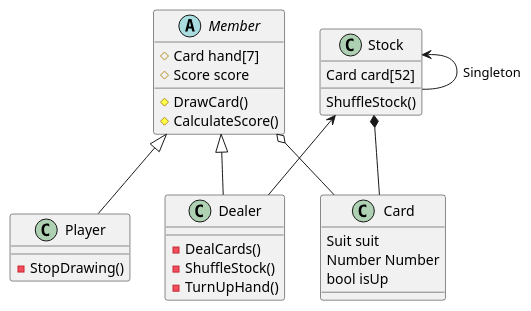
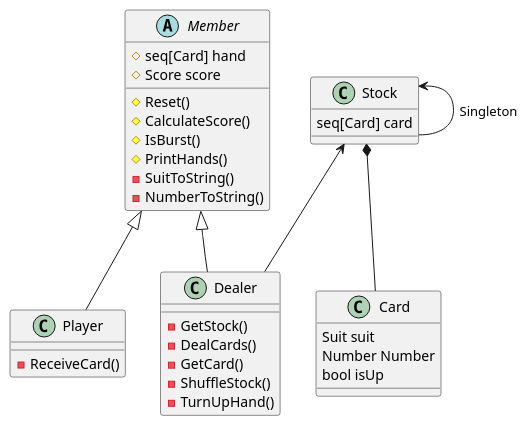
The diagram in blackjack/diagram_class.pu (TakumiHANAUE/nim), drawn with PlantUML before and after one commit. The commit also changed 4 other files, not shown here.

```diff
--- a/blackjack/diagram_class.pu
+++ b/blackjack/diagram_class.pu
@@ -1,38 +1,42 @@
-@startuml BlackJack Class Diagram
+@startuml blackjack_class
 Together {
     Abstract class Member {
-        # Card hand[7]
+        # seq[Card] hand
         # Score score
-        # DrawCard()
+        # Reset()
         # CalculateScore()
+        # IsBurst()
+        # PrintHands()
+        - SuitToString()
+        - NumberToString()
     }
     Class Player {
-        - StopDrawing()
+        - ReceiveCard()
     }
     Class Dealer {
+        - GetStock()
         - DealCards()
+        - GetCard()
         - ShuffleStock()
         - TurnUpHand()
     }
 }
 Together {
     Class Card {
         Suit suit
         Number Number
         bool isUp
     }
 Class Stock {
-        Card card[52]
-        ShuffleStock()
+        seq[Card] card
     }
 }
 
 Member <|-- Player
 Member <|-- Dealer
-Member o-- Card
 
 Stock <-- Dealer
 Stock *-- Card
 Stock <-- Stock : Singleton
 
 @enduml
```
